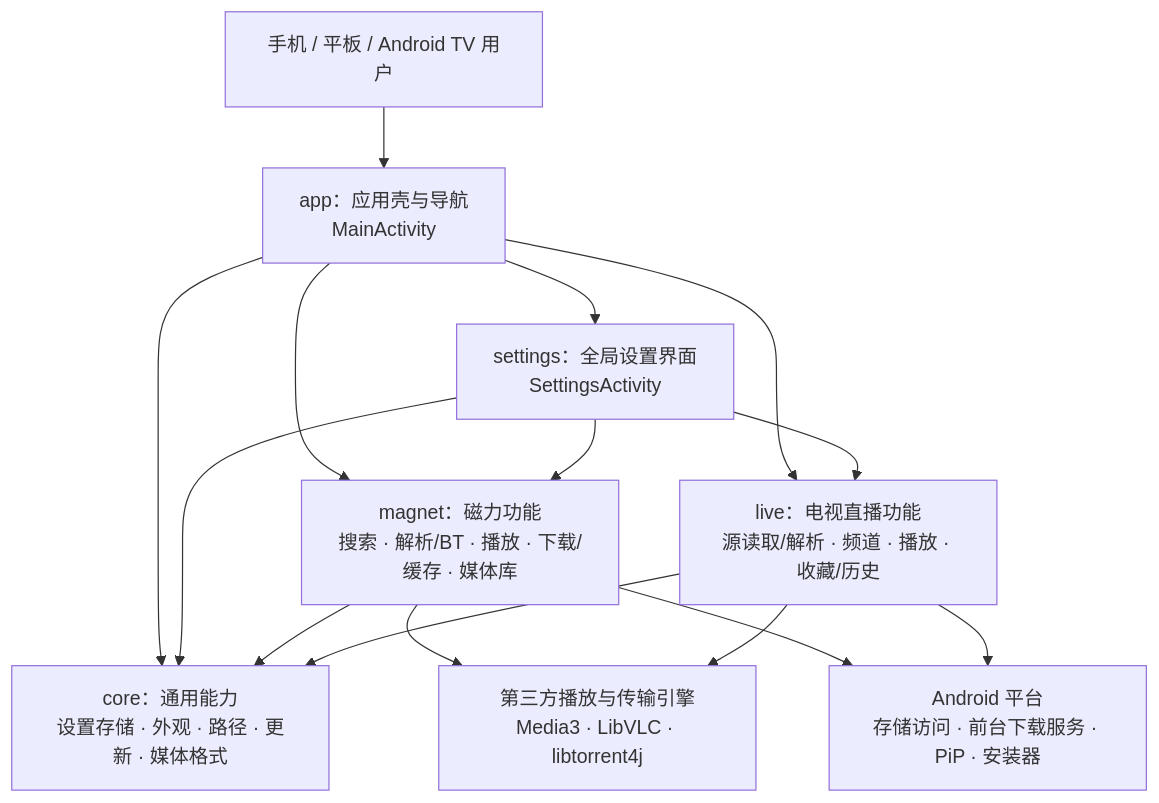
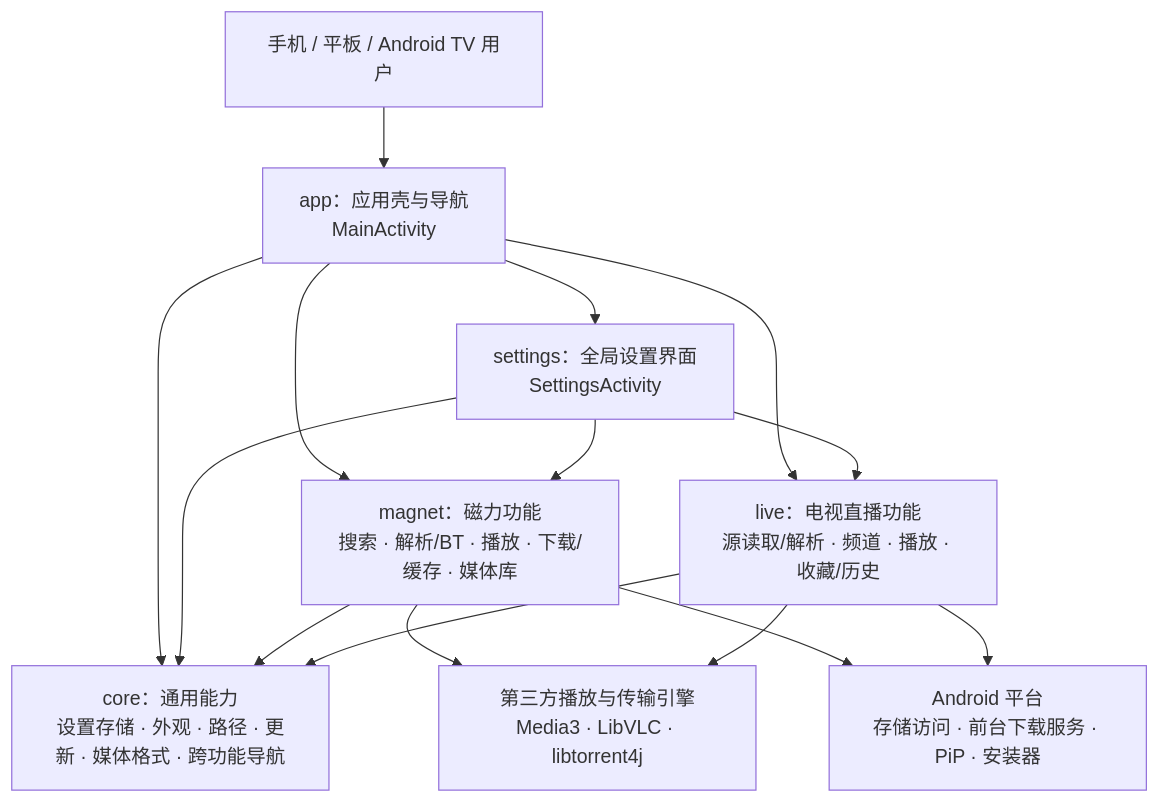
One commit to liao-zc/FreeMangnetPlayer changed the diagram in docs/architecture.md. Above: the diagram before and after it, drawn with Mermaid. The commit also changed other lines of this file and 3 other files, not shown here.

````diff
--- a/docs/architecture.md
+++ b/docs/architecture.md
@@ -7,25 +7,25 @@
 ```mermaid
 flowchart TB
     user[手机 / 平板 / Android TV 用户]
     app[app：应用壳与导航\nMainActivity]
     settings[settings：全局设置界面\nSettingsActivity]
-    core[core：通用能力\n设置存储 · 外观 · 路径 · 更新 · 媒体格式]
+    core[core：通用能力\n设置存储 · 外观 · 路径 · 更新 · 媒体格式 · 跨功能导航]
     magnet[magnet：磁力功能\n搜索 · 解析/BT · 播放 · 下载/缓存 · 媒体库]
     live[live：电视直播功能\n源读取/解析 · 频道 · 播放 · 收藏/历史]
     engine[第三方播放与传输引擎\nMedia3 · LibVLC · libtorrent4j]
     platform[Android 平台\n存储访问 · 前台下载服务 · PiP · 安装器]
     user --> app
     app --> magnet
     app --> live
     app --> settings
     app --> core
     settings --> core
     settings --> magnet
     settings --> live
     magnet --> core
     live --> core
     magnet --> engine
     live --> engine
     magnet --> platform
     live --> platform
 ```
````
